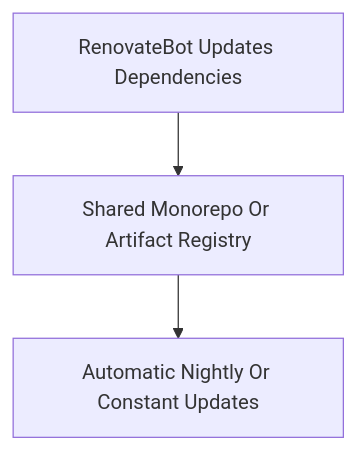
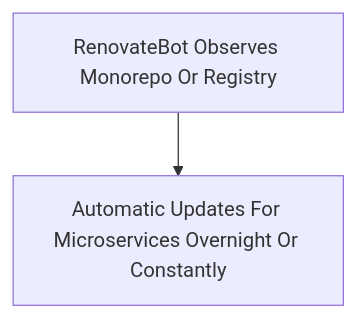
Before and after one commit to zeke-code/gitlab-flow: the sixth of 9 diagrams in README.md, drawn with Mermaid. The commit also changed other lines of this file, not shown here.

````diff
--- a/README.md
+++ b/README.md
@@ -198,5 +197,4 @@
 ```mermaid
 graph TD;
-    A[RenovateBot Updates Dependencies] --> B[Shared Monorepo Or Artifact Registry]
-    B --> C[Automatic Nightly Or Constant Updates]
+    A[RenovateBot Observes Monorepo Or Registry] --> B[Automatic Updates For Microservices Overnight Or Constantly]
 ```
````
